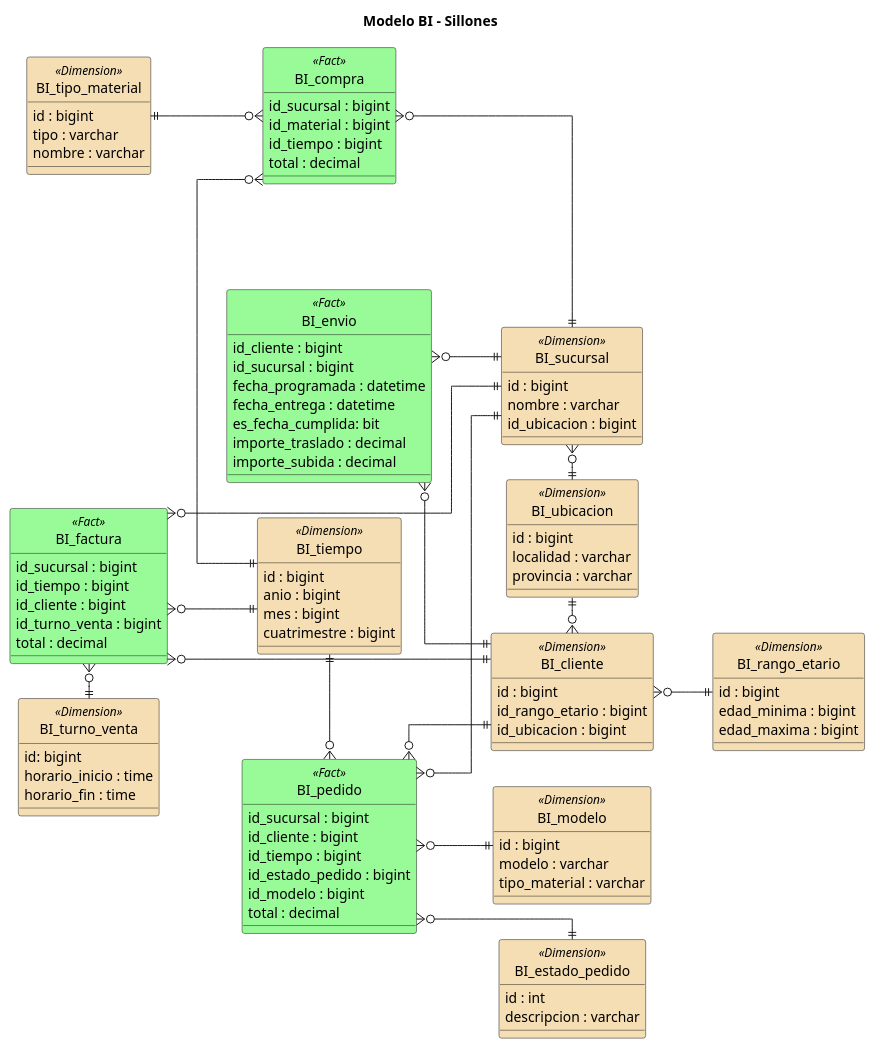
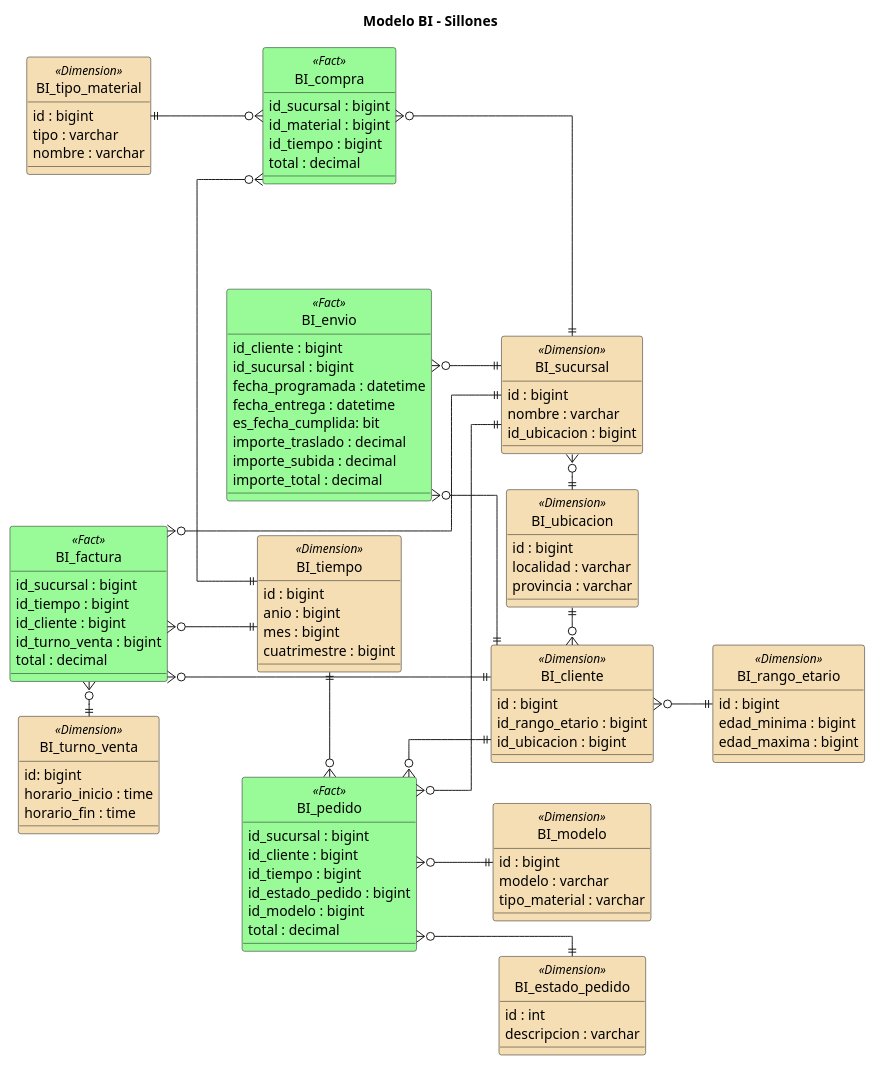
One commit to andrycarrasco/rejunte-sa-91 changed the diagram in der/bi_der.puml. Above: the diagram before and after it, drawn with PlantUML. The commit also changed 2 other files, not shown here.

```diff
--- a/der/bi_der.puml
+++ b/der/bi_der.puml
@@ -1,141 +1,142 @@
 @startuml Modelo BI - Sillones
 skinparam linetype ortho
 hide circle
 skinparam shadowing false
 title Modelo BI - Sillones
 left to right direction
 
 skinparam class {
   BackgroundColor<<Fact>> PaleGreen
   BackgroundColor<<Dimension>> Wheat
 }
 
 ' Hechos
 entity BI_factura <<Fact>> {
     id_sucursal : bigint
     id_tiempo : bigint
     id_cliente : bigint
 '    id_envio : bigint
     id_turno_venta : bigint
     total : decimal
 }
 entity BI_pedido <<Fact>> {
     id_sucursal : bigint
     id_cliente : bigint
     id_tiempo : bigint
     id_estado_pedido : bigint
     id_modelo : bigint
     total : decimal
 }
 
 entity BI_compra <<Fact>> {
     id_sucursal : bigint
     id_material : bigint
     id_tiempo : bigint
     total : decimal
 }
 
 'entity BI_factura_x_compra <<Fact>> {
 '    id_sucursal : bigint
 '    id_tiempo : bigint
 '    id_factura : bigint
 '    id_compra : bigint
 '}
 '
 'entity BI_pedido_x_factura <<Fact>> {
 '    id_factura : bigint
 '    id_pedido : bigint
 '    id_sucursal : bigint
 '    id_cliente : bigint
 '}
 
 entity BI_envio <<Fact>> {
     id_cliente : bigint
     id_sucursal : bigint
     fecha_programada : datetime
     fecha_entrega : datetime
     es_fecha_cumplida: bit
     importe_traslado : decimal
     importe_subida : decimal
+    importe_total : decimal
 }
 
 ' Dimensiones
 entity BI_tiempo <<Dimension>> {
     id : bigint
     anio : bigint
     mes : bigint
     cuatrimestre : bigint
 }
 
 entity BI_ubicacion <<Dimension>> {
     id : bigint
     localidad : varchar
     provincia : varchar
 }
 
 entity BI_sucursal <<Dimension>> {
     id : bigint
     nombre : varchar
     id_ubicacion : bigint
 }
 
 entity BI_modelo <<Dimension>> {
     id : bigint
     modelo : varchar
     tipo_material : varchar
 }
 
 entity BI_rango_etario <<Dimension>> {
     id : bigint
     edad_minima : bigint
     edad_maxima : bigint
 }
 
 entity BI_turno_venta <<Dimension>> {
     id: bigint
     horario_inicio : time
     horario_fin : time
 }
 
 entity BI_estado_pedido <<Dimension>> {
     id : int
     descripcion : varchar
 }
 
 entity BI_tipo_material <<Dimension>> {
     id : bigint
     tipo : varchar
     nombre : varchar
 }
 
 entity BI_cliente <<Dimension>> {
     id : bigint
     id_rango_etario : bigint
     id_ubicacion : bigint
 }
 
 ' Relaciones
 BI_envio }o--|| BI_cliente
 BI_envio }o--|| BI_sucursal
 
 BI_factura }o--|| BI_sucursal
 BI_factura }o--|| BI_tiempo
 BI_factura }o--|| BI_cliente
 BI_factura }o-right-|| BI_turno_venta
 
 BI_pedido }o--|| BI_sucursal
 BI_pedido }o--|| BI_cliente
 BI_pedido }o-left-|| BI_tiempo
 BI_pedido }o--|| BI_estado_pedido
 BI_pedido }o--|| BI_modelo
 
 BI_compra }o-down-|| BI_sucursal
 BI_compra }o-up-|| BI_tipo_material
 BI_compra }o-right-|| BI_tiempo
 
 BI_cliente }o--|| BI_rango_etario
 
 BI_ubicacion ||-left-o{ BI_sucursal
 BI_ubicacion ||-right-o{ BI_cliente
 
 @enduml
```
